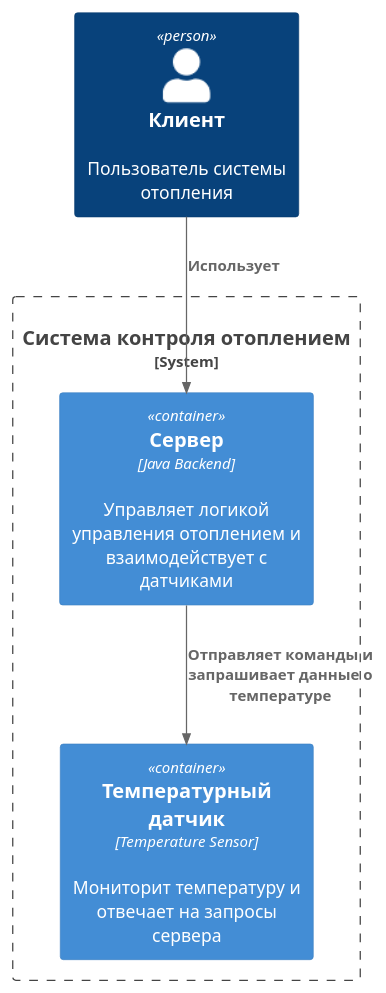
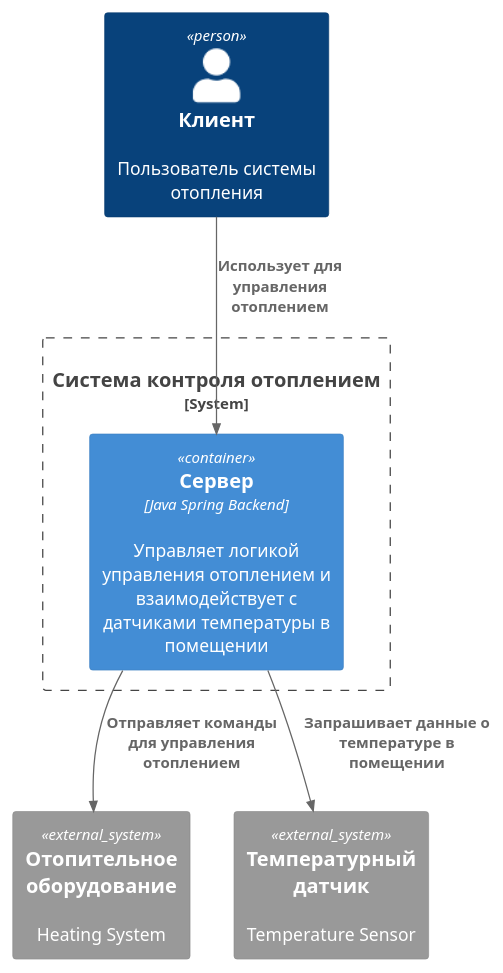
Before and after one commit to fireflysmk/architecture-sprint-3: the diagram in smart-home-monolith/diagrams/context/Context_Heating_System.puml, drawn with PlantUML.

Commit message:
correct monolith context diagram

```diff
--- a/smart-home-monolith/diagrams/context/Context_Heating_System.puml
+++ b/smart-home-monolith/diagrams/context/Context_Heating_System.puml
@@ -1,14 +1,17 @@
 @startuml
 !include https://raw.githubusercontent.com/plantuml-stdlib/C4-PlantUML/master/C4_Container.puml
 
 Person(customer, "Клиент", "Пользователь системы отопления")
 
 System_Boundary(monolith, "Система контроля отоплением") {
-    Container(server, "Сервер", "Java Backend", "Управляет логикой управления отоплением и взаимодействует с датчиками")
-    Container(sensor, "Температурный датчик", "Temperature Sensor", "Мониторит температуру и отвечает на запросы сервера")
+    Container(server, "Сервер", "Java Spring Backend", "Управляет логикой управления отоплением и взаимодействует с датчиками температуры в помещении")
 }
 
-Rel(customer, server, "Использует")
-Rel(server, sensor, "Отправляет команды и запрашивает данные о температуре")
+System_Ext(system, "Отопительное оборудование", "Heating System")
+System_Ext(sensor, "Температурный датчик", "Temperature Sensor")
+
+Rel(customer, server, "Использует для управления отоплением")
+Rel(server, system, "Отправляет команды для управления отоплением")
+Rel(server, sensor, "Запрашивает данные о температуре в помещении")
 
 @enduml
```
